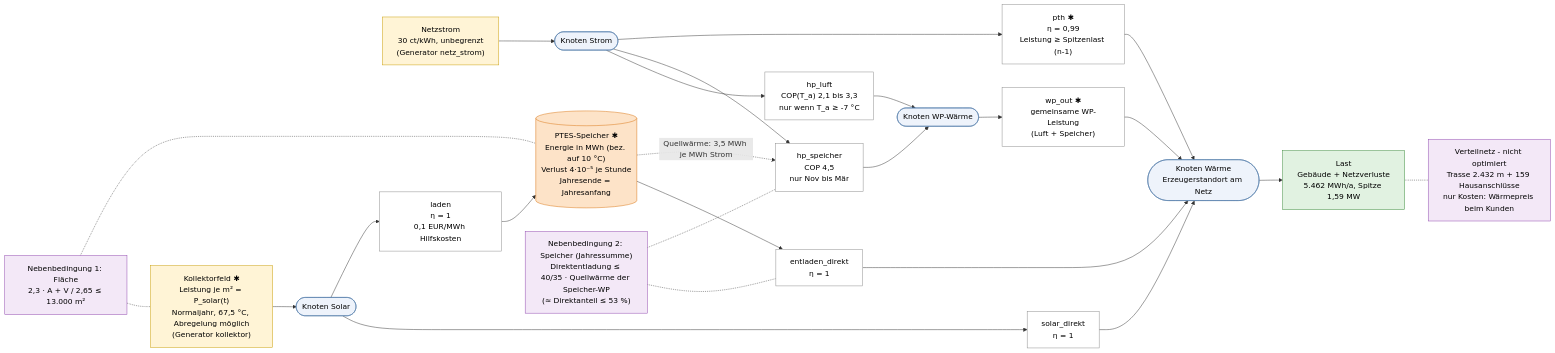
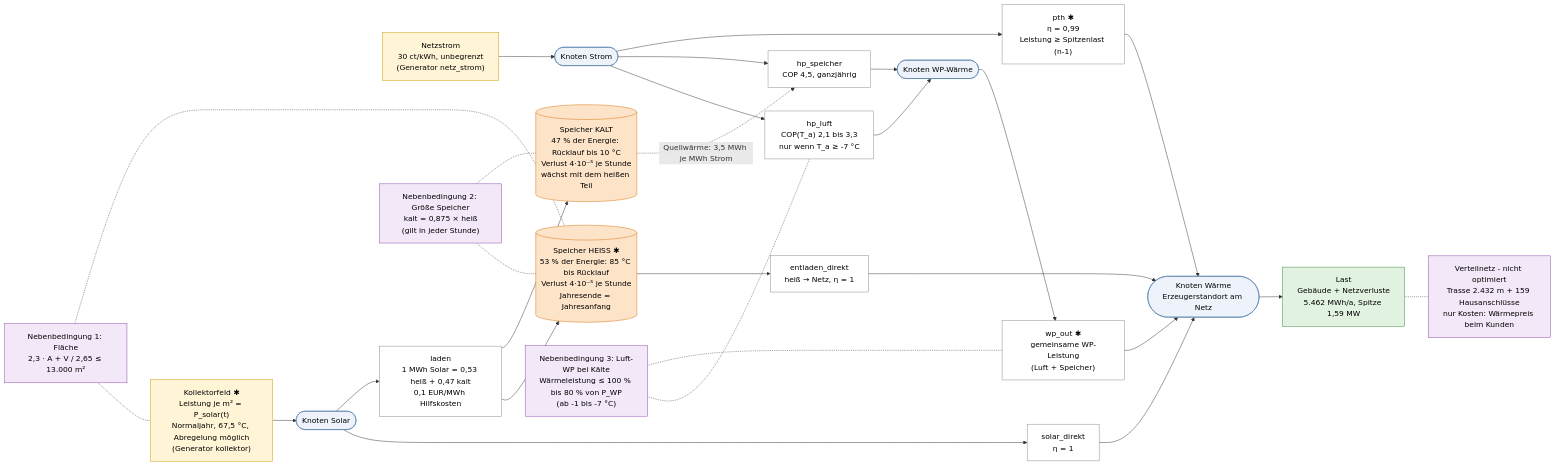
One commit to EricBenno/serts_wise2627 changed the diagram in docs/systemskizze.md. Above: the diagram before and after it, drawn with Mermaid. The commit also changed other lines of this file and 12 other files, not shown here.

````diff
--- a/docs/systemskizze.md
+++ b/docs/systemskizze.md
@@ -7,55 +8,61 @@
 ```mermaid
 flowchart LR
     NS["Netzstrom<br/>30 ct/kWh, unbegrenzt<br/>(Generator netz_strom)"]
     KOL["Kollektorfeld ✱<br/>Leistung je m² = P_solar(t)<br/>Normaljahr, 67,5 °C, Abregelung möglich<br/>(Generator kollektor)"]
 
     ELEC(["Knoten Strom"])
     SOLAR(["Knoten Solar"])
-    SPEI[("PTES-Speicher ✱<br/>Energie in MWh (bez. auf 10 °C)<br/>Verlust 4·10⁻⁵ je Stunde<br/>Jahresende = Jahresanfang")]
+    SPH[("Speicher HEISS ✱<br/>53 % der Energie: 85 °C bis Rücklauf<br/>Verlust 4·10⁻⁵ je Stunde<br/>Jahresende = Jahresanfang")]
+    SPK[("Speicher KALT<br/>47 % der Energie: Rücklauf bis 10 °C<br/>Verlust 4·10⁻⁵ je Stunde<br/>wächst mit dem heißen Teil")]
     WPB(["Knoten WP-Wärme"])
     W(["Knoten Wärme<br/>Erzeugerstandort am Netz"])
     LAST["Last<br/>Gebäude + Netzverluste<br/>5.462 MWh/a, Spitze 1,59 MW"]
 
     SOLD["solar_direkt<br/>η = 1"]
-    LAD["laden<br/>η = 1<br/>0,1 EUR/MWh Hilfskosten"]
-    ENT["entladen_direkt<br/>η = 1"]
+    LAD["laden<br/>1 MWh Solar = 0,53 heiß + 0,47 kalt<br/>0,1 EUR/MWh Hilfskosten"]
+    ENT["entladen_direkt<br/>heiß → Netz, η = 1"]
     HPL["hp_luft<br/>COP(T_a) 2,1 bis 3,3<br/>nur wenn T_a ≥ -7 °C"]
-    HPS["hp_speicher<br/>COP 4,5<br/>nur Nov bis Mär"]
+    HPS["hp_speicher<br/>COP 4,5, ganzjährig"]
     WPO["wp_out ✱<br/>gemeinsame WP-Leistung<br/>(Luft + Speicher)"]
     PTH["pth ✱<br/>η = 0,99<br/>Leistung ≥ Spitzenlast (n-1)"]
 
     NS --> ELEC
     KOL --> SOLAR
     SOLAR --> SOLD --> W
-    SOLAR --> LAD --> SPEI
-    SPEI --> ENT --> W
+    SOLAR --> LAD
+    LAD --> SPH
+    LAD --> SPK
+    SPH --> ENT --> W
     ELEC --> HPL --> WPB
     ELEC --> HPS --> WPB
-    SPEI -. "Quellwärme: 3,5 MWh je MWh Strom" .-> HPS
+    SPK -. "Quellwärme: 3,5 MWh je MWh Strom" .-> HPS
     WPB --> WPO --> W
     ELEC --> PTH --> W
     W --> LAST
 
     C1["Nebenbedingung 1: Fläche<br/>2,3 · A + V / 2,65 ≤ 13.000 m²"]
-    C2["Nebenbedingung 2: Speicher (Jahressumme)<br/>Direktentladung ≤ 40/35 · Quellwärme der Speicher-WP<br/>(≈ Direktanteil ≤ 53 %)"]
+    C2["Nebenbedingung 2: Größe Speicher<br/>kalt = 0,875 × heiß<br/>(gilt in jeder Stunde)"]
+    C3["Nebenbedingung 3: Luft-WP bei Kälte<br/>Wärmeleistung ≤ 100 % bis 80 % von P_WP<br/>(ab -1 bis -7 °C)"]
     C1 -.- KOL
-    C1 -.- SPEI
-    C2 -.- ENT
-    C2 -.- HPS
+    C1 -.- SPH
+    C2 -.- SPH
+    C2 -.- SPK
+    C3 -.- HPL
+    C3 -.- WPO
 
     NETZ["Verteilnetz - nicht optimiert<br/>Trasse 2.432 m + 159 Hausanschlüsse<br/>nur Kosten: Wärmepreis beim Kunden"]
     LAST -.- NETZ
 
     classDef bus fill:#eef3fb,stroke:#4e79a7,color:#000
     classDef quelle fill:#fff4d6,stroke:#c89b00,color:#000
     classDef speicher fill:#fde3c8,stroke:#d9730d,color:#000
     classDef link fill:#ffffff,stroke:#888,color:#000
     classDef regel fill:#f3e8f7,stroke:#8e44ad,color:#000
     classDef last fill:#e1f2e1,stroke:#3b8a3b,color:#000
     class ELEC,SOLAR,WPB,W bus
     class NS,KOL quelle
-    class SPEI speicher
+    class SPH,SPK speicher
     class SOLD,LAD,ENT,HPL,HPS,WPO,PTH link
-    class C1,C2,NETZ regel
+    class C1,C2,C3,NETZ regel
     class LAST last
 ```
````
